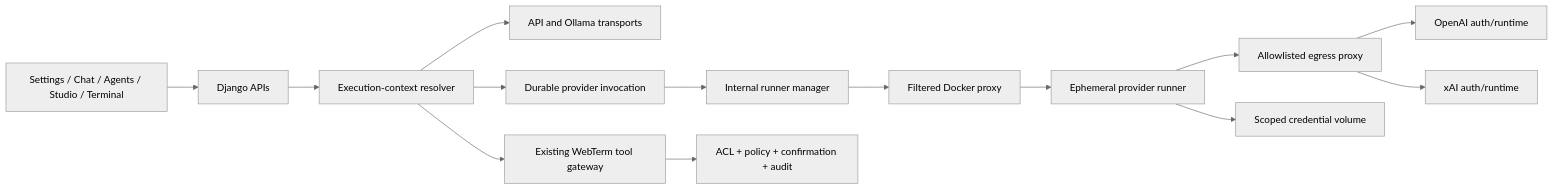
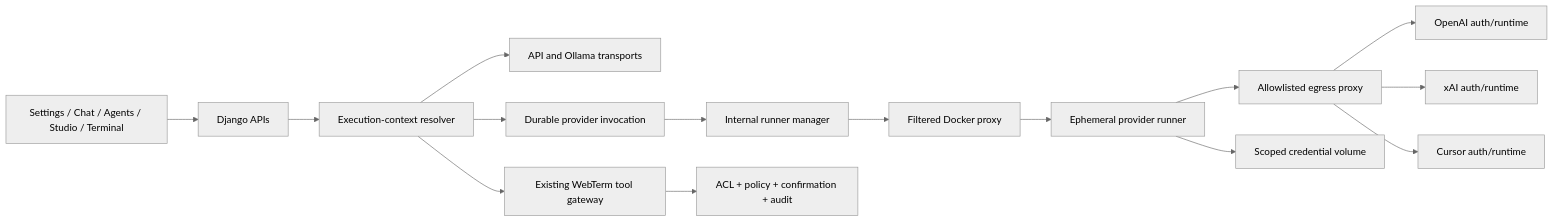
One commit to LLprod39/WebTerm changed the diagram in docs/architecture/AI_SUBSCRIPTION_CLI_PROVIDERS_IMPLEMENTATION_PLAN.md. Above: the diagram before and after it, drawn with Mermaid (neutral theme). The commit also changed other lines of this file and 1324 other files, not shown here.

````diff
--- a/docs/architecture/AI_SUBSCRIPTION_CLI_PROVIDERS_IMPLEMENTATION_PLAN.md
+++ b/docs/architecture/AI_SUBSCRIPTION_CLI_PROVIDERS_IMPLEMENTATION_PLAN.md
@@ -55,16 +57,17 @@
 ```mermaid
 flowchart LR
     UI["Settings / Chat / Agents / Studio / Terminal"] --> API["Django APIs"]
     API --> Resolve["Execution-context resolver"]
     Resolve --> Existing["API and Ollama transports"]
     Resolve --> Invoke["Durable provider invocation"]
     Invoke --> Manager["Internal runner manager"]
     Manager --> Socket["Filtered Docker proxy"]
     Socket --> Runner["Ephemeral provider runner"]
     Runner --> Egress["Allowlisted egress proxy"]
     Egress --> Codex["OpenAI auth/runtime"]
     Egress --> Grok["xAI auth/runtime"]
+    Egress --> Cursor["Cursor auth/runtime"]
     Runner --> Cred["Scoped credential volume"]
     Resolve --> Tools["Existing WebTerm tool gateway"]
     Tools --> Policy["ACL + policy + confirmation + audit"]
 ```
````
